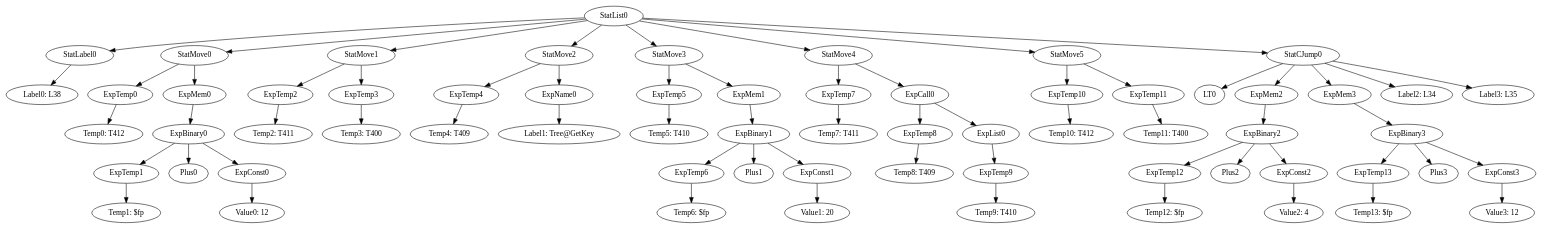
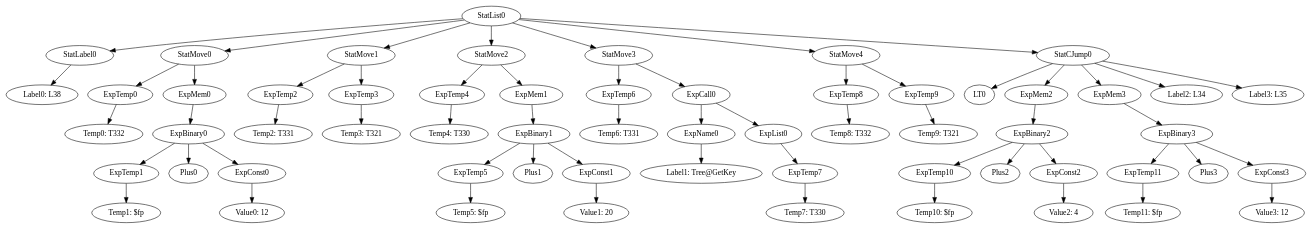
The diagram in MiniJava/results/SamplesCorrect/TreeVisitor/Tree@Delete/blocks/3.gv (team-compilers/compilers), drawn with Graphviz before and after one commit. The commit also changed 6051 other files, not shown here.

```diff
--- a/MiniJava/results/SamplesCorrect/TreeVisitor/Tree@Delete/blocks/3.gv
+++ b/MiniJava/results/SamplesCorrect/TreeVisitor/Tree@Delete/blocks/3.gv
@@ -1,67 +1,62 @@
 digraph {
 	ordering = out;
 	ExpMem3 -> ExpBinary3;
 	ExpConst3 -> "Value3: 12";
-	ExpBinary3 -> ExpTemp13;
+	ExpBinary3 -> ExpTemp11;
 	ExpBinary3 -> Plus3;
 	ExpBinary3 -> ExpConst3;
-	ExpTemp13 -> "Temp13: $fp";
 	ExpConst2 -> "Value2: 4";
-	ExpBinary2 -> ExpTemp12;
+	ExpBinary2 -> ExpTemp10;
 	ExpBinary2 -> Plus2;
 	ExpBinary2 -> ExpConst2;
-	ExpList0 -> ExpTemp9;
-	ExpTemp9 -> "Temp9: T410";
-	ExpMem2 -> ExpBinary2;
-	ExpCall0 -> ExpTemp8;
-	ExpCall0 -> ExpList0;
+	ExpTemp9 -> "Temp9: T321";
+	ExpList0 -> ExpTemp7;
 	StatCJump0 -> LT0;
 	StatCJump0 -> ExpMem2;
 	StatCJump0 -> ExpMem3;
 	StatCJump0 -> "Label2: L34";
 	StatCJump0 -> "Label3: L35";
-	ExpTemp8 -> "Temp8: T409";
+	ExpTemp8 -> "Temp8: T332";
 	StatMove1 -> ExpTemp2;
 	StatMove1 -> ExpTemp3;
-	StatMove5 -> ExpTemp10;
-	StatMove5 -> ExpTemp11;
 	ExpConst1 -> "Value1: 20";
-	ExpBinary1 -> ExpTemp6;
+	StatMove4 -> ExpTemp8;
+	StatMove4 -> ExpTemp9;
+	ExpMem0 -> ExpBinary0;
+	ExpBinary1 -> ExpTemp5;
 	ExpBinary1 -> Plus1;
 	ExpBinary1 -> ExpConst1;
-	ExpTemp10 -> "Temp10: T412";
-	ExpTemp2 -> "Temp2: T411";
+	ExpTemp10 -> "Temp10: $fp";
+	ExpTemp2 -> "Temp2: T331";
 	StatMove2 -> ExpTemp4;
-	StatMove2 -> ExpName0;
+	StatMove2 -> ExpMem1;
 	ExpConst0 -> "Value0: 12";
 	ExpMem1 -> ExpBinary1;
 	StatLabel0 -> "Label0: L38";
 	StatList0 -> StatLabel0;
 	StatList0 -> StatMove0;
 	StatList0 -> StatMove1;
 	StatList0 -> StatMove2;
 	StatList0 -> StatMove3;
 	StatList0 -> StatMove4;
-	StatList0 -> StatMove5;
 	StatList0 -> StatCJump0;
-	ExpTemp0 -> "Temp0: T412";
-	ExpTemp12 -> "Temp12: $fp";
+	ExpTemp0 -> "Temp0: T332";
 	ExpBinary0 -> ExpTemp1;
 	ExpBinary0 -> Plus0;
 	ExpBinary0 -> ExpConst0;
 	StatMove0 -> ExpTemp0;
 	StatMove0 -> ExpMem0;
-	ExpTemp3 -> "Temp3: T400";
+	ExpTemp3 -> "Temp3: T321";
+	ExpMem2 -> ExpBinary2;
+	ExpCall0 -> ExpName0;
+	ExpCall0 -> ExpList0;
+	ExpTemp1 -> "Temp1: $fp";
+	ExpTemp5 -> "Temp5: $fp";
+	ExpTemp6 -> "Temp6: T331";
+	ExpTemp11 -> "Temp11: $fp";
+	StatMove3 -> ExpTemp6;
+	StatMove3 -> ExpCall0;
 	ExpName0 -> "Label1: Tree@GetKey";
-	ExpTemp4 -> "Temp4: T409";
-	ExpTemp7 -> "Temp7: T411";
-	ExpTemp1 -> "Temp1: $fp";
-	ExpTemp5 -> "Temp5: T410";
-	ExpTemp11 -> "Temp11: T400";
-	StatMove3 -> ExpTemp5;
-	StatMove3 -> ExpMem1;
-	ExpTemp6 -> "Temp6: $fp";
-	ExpMem0 -> ExpBinary0;
-	StatMove4 -> ExpTemp7;
-	StatMove4 -> ExpCall0;
+	ExpTemp4 -> "Temp4: T330";
+	ExpTemp7 -> "Temp7: T330";
 }
```
